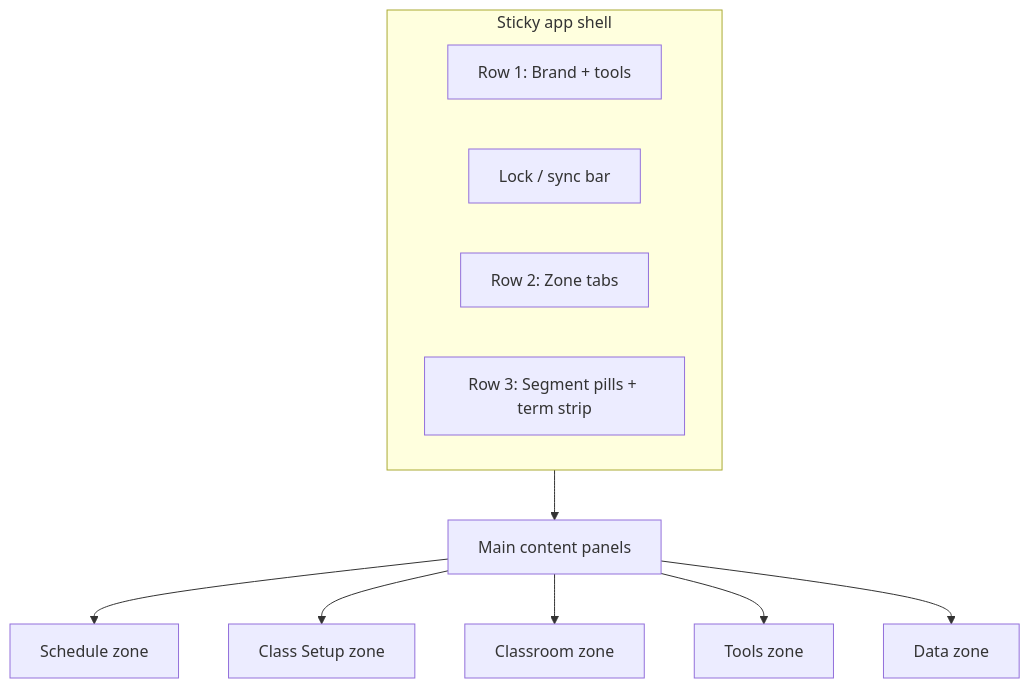
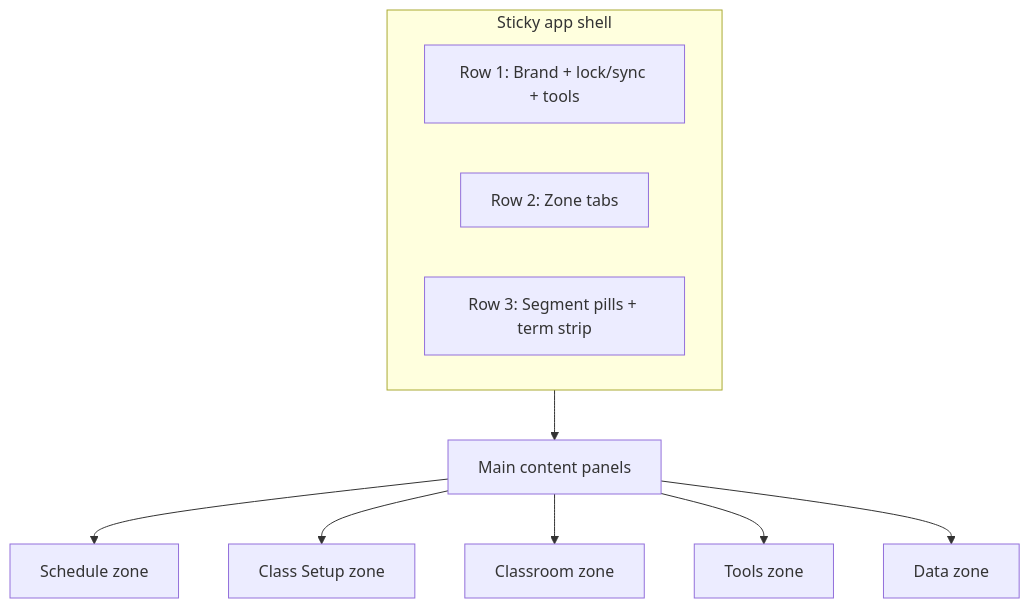
The diagram in CLAUDE_DESIGN_STATUS.md (nathanksimpson/classcalendarmultiuser), drawn with Mermaid before and after one commit. The commit also changed other lines of this file and 49 other files, not shown here.

````diff
--- a/CLAUDE_DESIGN_STATUS.md
+++ b/CLAUDE_DESIGN_STATUS.md
@@ -31,15 +31,14 @@
 ```mermaid
 flowchart TB
     subgraph shell [Sticky app shell]
-        R1[Row 1: Brand + tools]
-        LSB[Lock / sync bar]
+        R1[Row 1: Brand + lock/sync + tools]
         R2[Row 2: Zone tabs]
         R3[Row 3: Segment pills + term strip]
     end
   shell --> main[Main content panels]
     main --> schedule[Schedule zone]
     main --> classes[Class Setup zone]
     main --> classroom[Classroom zone]
     main --> tools[Tools zone]
     main --> data[Data zone]
 ```
````
